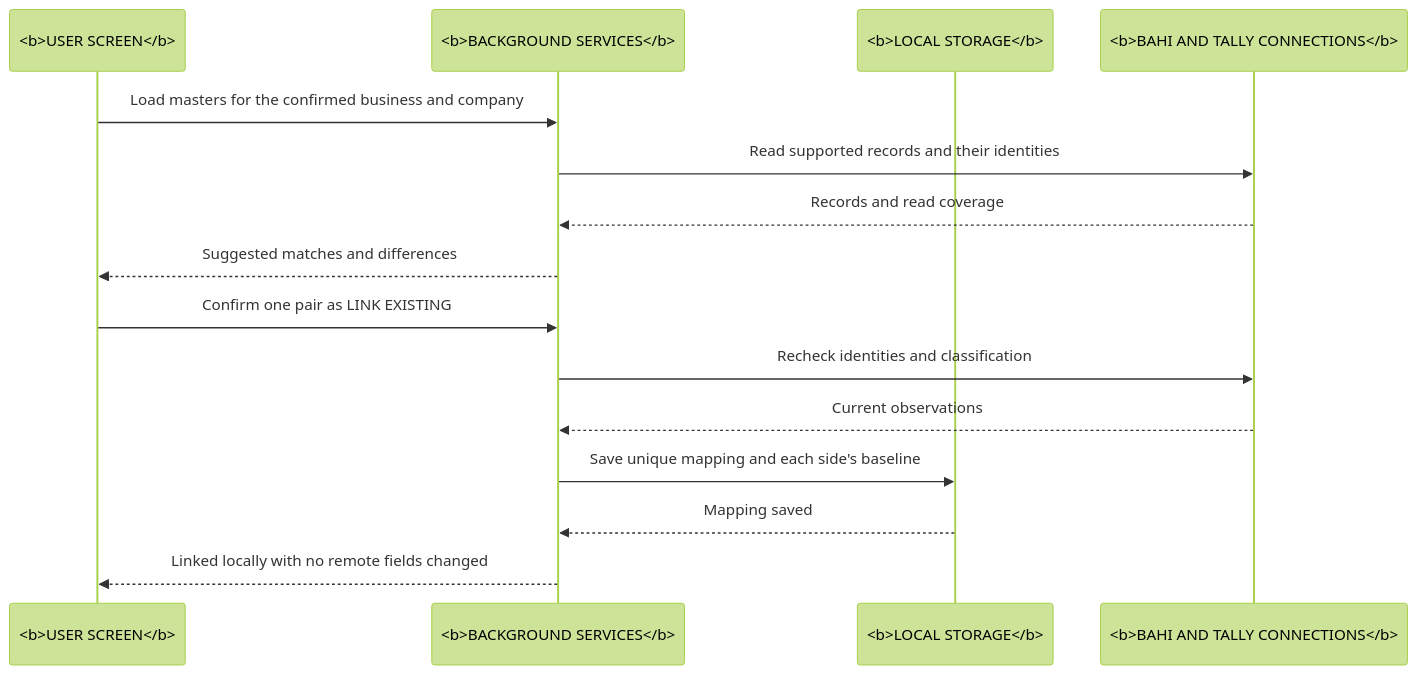
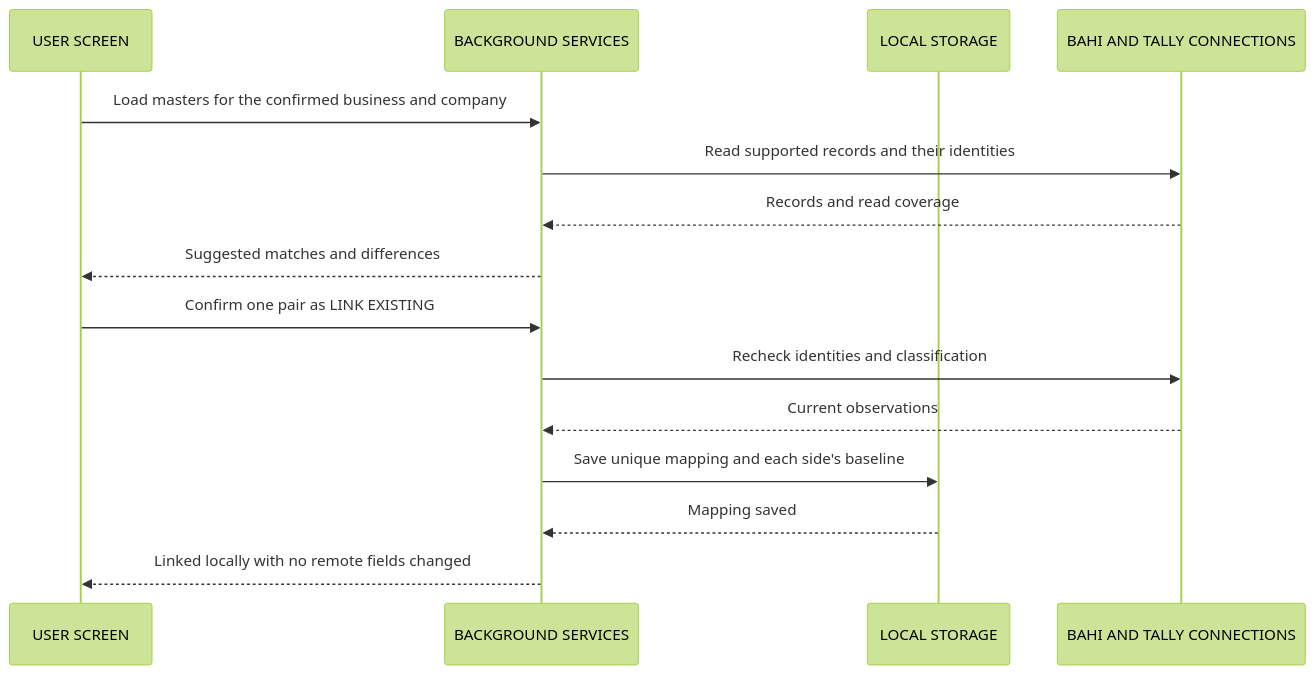
The first of 3 diagrams in docs/master-sync/MASTER_SYNC_SEQUENCES.md (surjeetprj/tally-connector), drawn with Mermaid (forest theme) before and after one commit. The commit also changed other lines of this file and 31 other files, not shown here.

First line of the commit message:
docs: add reproducible SVG exports with rendered Mermaid references

````diff
--- a/docs/master-sync/MASTER_SYNC_SEQUENCES.md
+++ b/docs/master-sync/MASTER_SYNC_SEQUENCES.md
@@ -14,18 +21,20 @@
 ```mermaid
 sequenceDiagram
-    participant UI as <b>USER SCREEN</b>
-    participant APP as <b>BACKGROUND SERVICES</b>
-    participant DATA as <b>LOCAL STORAGE</b>
-    participant ADAPTERS as <b>BAHI AND TALLY CONNECTIONS</b>
+    accTitle: Link existing masters
+    accDescr: The user confirms a pair of existing master records, which are rechecked and linked locally without remote modification.
+    participant UI as USER SCREEN
+    participant APP as BACKGROUND SERVICES
+    participant DATA as LOCAL STORAGE
+    participant ADAPTERS as BAHI AND TALLY CONNECTIONS
 
     UI->>APP: Load masters for the confirmed business and company
     APP->>ADAPTERS: Read supported records and their identities
     ADAPTERS-->>APP: Records and read coverage
     APP-->>UI: Suggested matches and differences
     UI->>APP: Confirm one pair as LINK EXISTING
     APP->>ADAPTERS: Recheck identities and classification
     ADAPTERS-->>APP: Current observations
     APP->>DATA: Save unique mapping and each side's baseline
     DATA-->>APP: Mapping saved
     APP-->>UI: Linked locally with no remote fields changed
 ```
````
